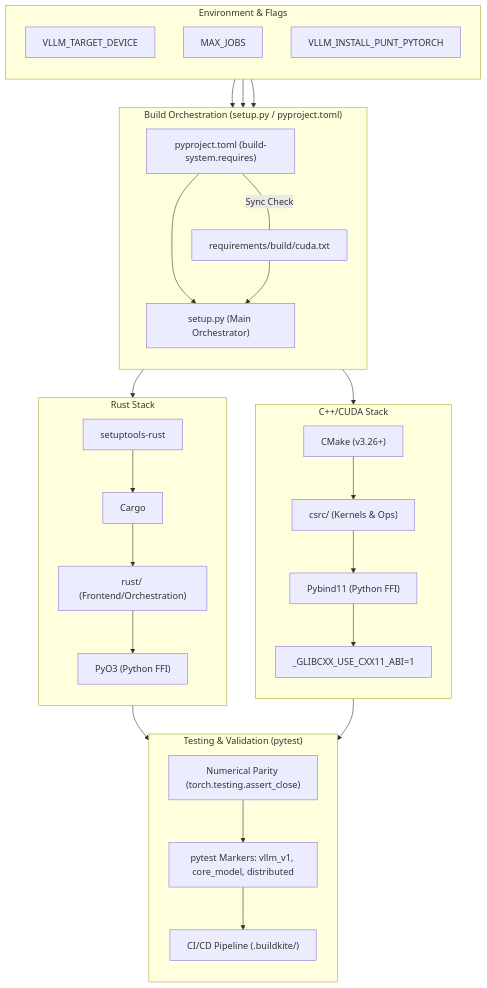
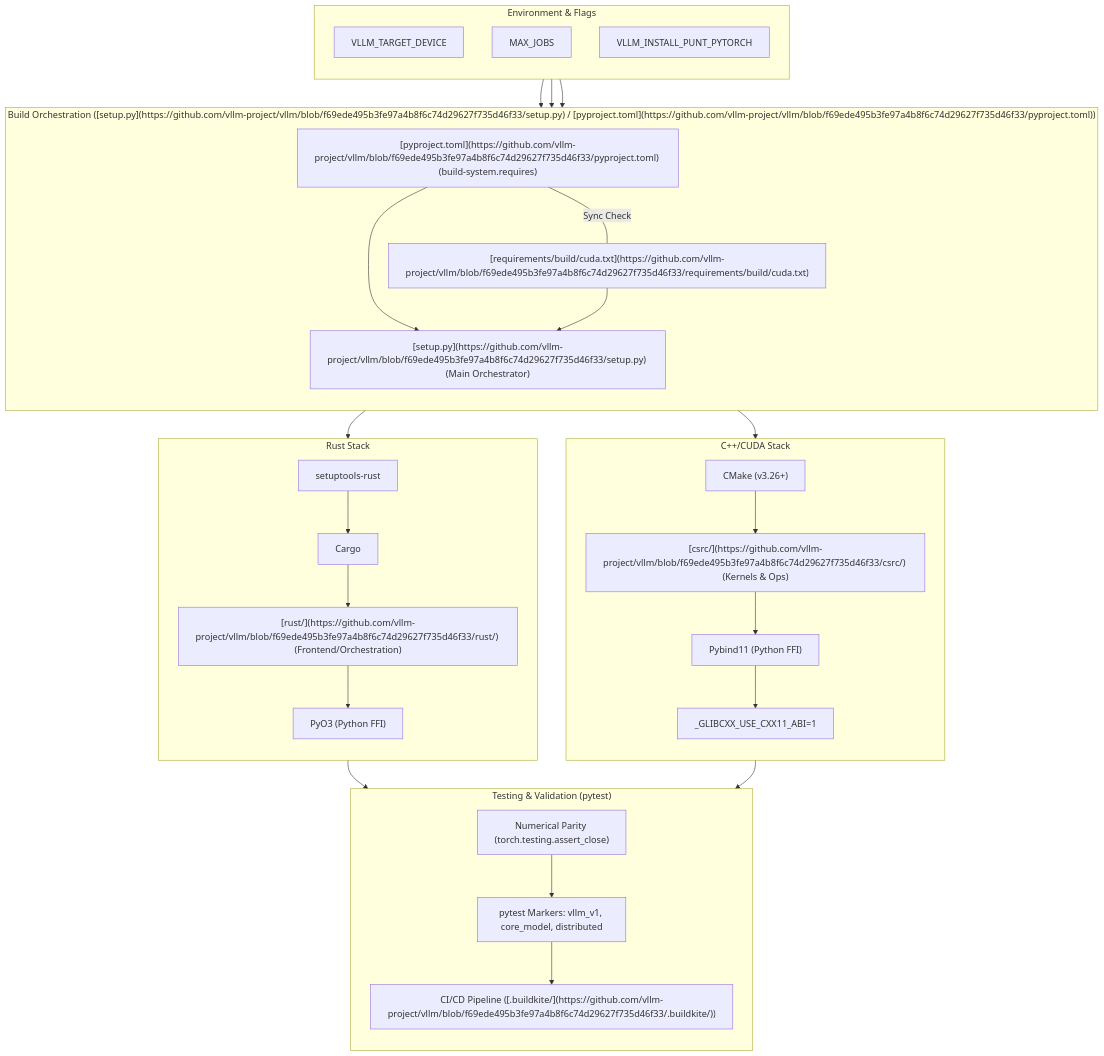
Before and after one commit to quanhua92/tutorials: the diagram in vllm/courses/chapter_12_contributing.md, drawn with Mermaid. The commit also changed other lines of this file and 8 other files, not shown here.

````diff
--- a/vllm/courses/chapter_12_contributing.md
+++ b/vllm/courses/chapter_12_contributing.md
@@ -3,62 +3,62 @@
 ```mermaid
 flowchart TB
     subgraph Env_Config ["Environment & Flags"]
         direction TB
         VLLM_TARGET["VLLM_TARGET_DEVICE"]
         MAX_JOBS["MAX_JOBS"]
         PUNT_TORCH["VLLM_INSTALL_PUNT_PYTORCH"]
     end
 
     VLLM_TARGET --> SETUP
     MAX_JOBS --> SETUP
     PUNT_TORCH --> SETUP
 
-    subgraph Build_Orchestration ["Build Orchestration (setup.py / pyproject.toml)"]
+    subgraph Build_Orchestration ["Build Orchestration ([setup.py](https://github.com/vllm-project/vllm/blob/f69ede495b3fe97a4b8f6c74d29627f735d46f33/setup.py) / [pyproject.toml](https://github.com/vllm-project/vllm/blob/f69ede495b3fe97a4b8f6c74d29627f735d46f33/pyproject.toml))"]
         direction TB
-        PYPROJ["pyproject.toml (build-system.requires)"]
-        REQ_CUDA["requirements/build/cuda.txt"]
-        SETUP["setup.py (Main Orchestrator)"]
+        PYPROJ["[pyproject.toml](https://github.com/vllm-project/vllm/blob/f69ede495b3fe97a4b8f6c74d29627f735d46f33/pyproject.toml) (build-system.requires)"]
+        REQ_CUDA["[requirements/build/cuda.txt](https://github.com/vllm-project/vllm/blob/f69ede495b3fe97a4b8f6c74d29627f735d46f33/requirements/build/cuda.txt)"]
+        SETUP["[setup.py](https://github.com/vllm-project/vllm/blob/f69ede495b3fe97a4b8f6c74d29627f735d46f33/setup.py) (Main Orchestrator)"]
         
         PYPROJ -- "Sync Check" --- REQ_CUDA
         PYPROJ --> SETUP
         REQ_CUDA --> SETUP
     end
 
     subgraph CXX_CUDA_Stack ["C++/CUDA Stack"]
         direction TB
         CMAKE["CMake (v3.26+)"]
-        CSRC["csrc/ (Kernels & Ops)"]
+        CSRC["[csrc/](https://github.com/vllm-project/vllm/blob/f69ede495b3fe97a4b8f6c74d29627f735d46f33/csrc/) (Kernels & Ops)"]
         PYBIND["Pybind11 (Python FFI)"]
         ABI["_GLIBCXX_USE_CXX11_ABI=1"]
         
         SETUP --> CMAKE
         CMAKE --> CSRC
         CSRC --> PYBIND
         PYBIND --> ABI
     end
 
     subgraph Rust_Stack ["Rust Stack"]
         direction TB
         CARGO["Cargo"]
-        RUST_SRC["rust/ (Frontend/Orchestration)"]
+        RUST_SRC["[rust/](https://github.com/vllm-project/vllm/blob/f69ede495b3fe97a4b8f6c74d29627f735d46f33/rust/) (Frontend/Orchestration)"]
         PYO3["PyO3 (Python FFI)"]
         STRUST["setuptools-rust"]
         
         SETUP --> STRUST
         STRUST --> CARGO
         CARGO --> RUST_SRC
         RUST_SRC --> PYO3
     end
 
     subgraph Testing_Matrix ["Testing & Validation (pytest)"]
         direction TB
         PARITY["Numerical Parity (torch.testing.assert_close)"]
         MARKERS["pytest Markers: vllm_v1, core_model, distributed"]
-        CI["CI/CD Pipeline (.buildkite/)"]
+        CI["CI/CD Pipeline ([.buildkite/](https://github.com/vllm-project/vllm/blob/f69ede495b3fe97a4b8f6c74d29627f735d46f33/.buildkite/))"]
         
         PYBIND --> PARITY
         PYO3 --> PARITY
         PARITY --> MARKERS
         MARKERS --> CI
     end
 ```
````
